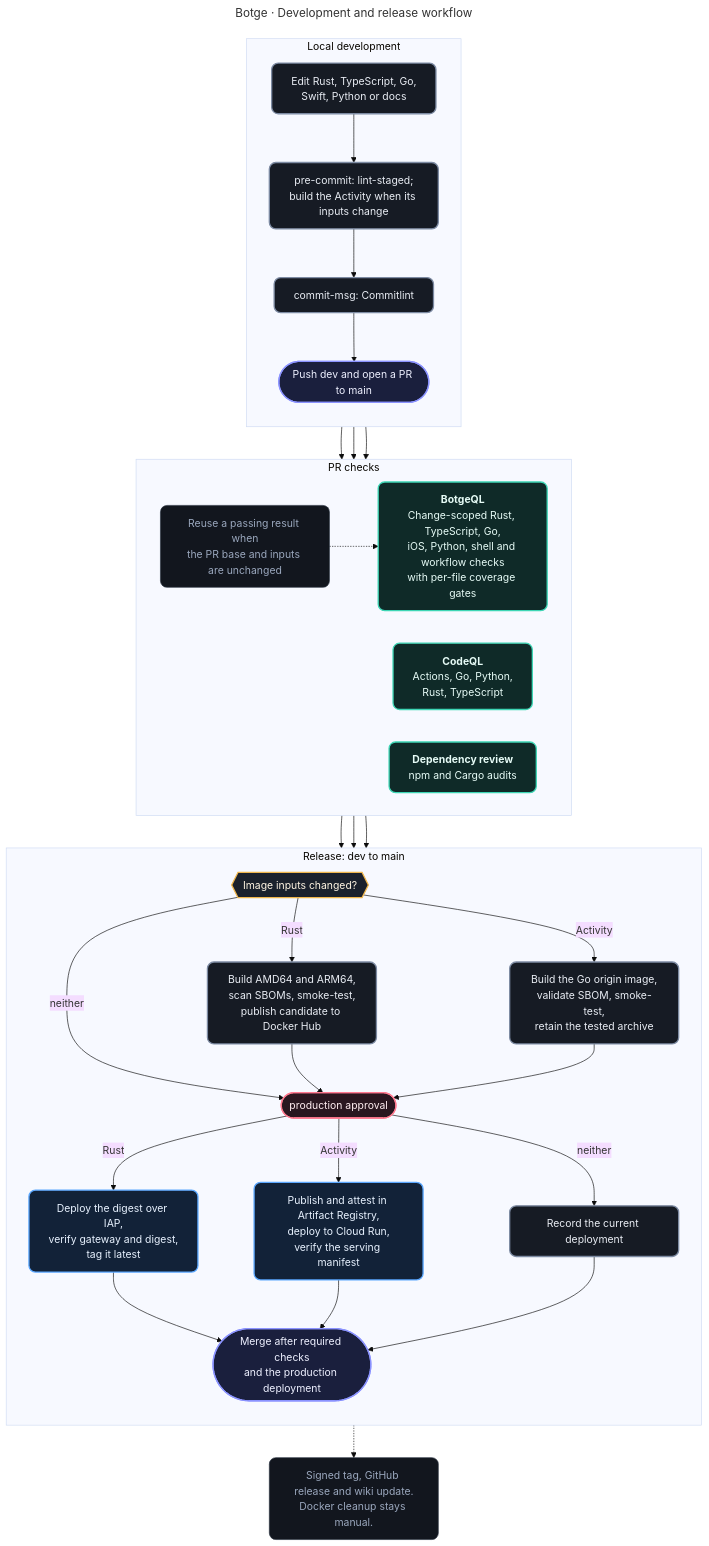
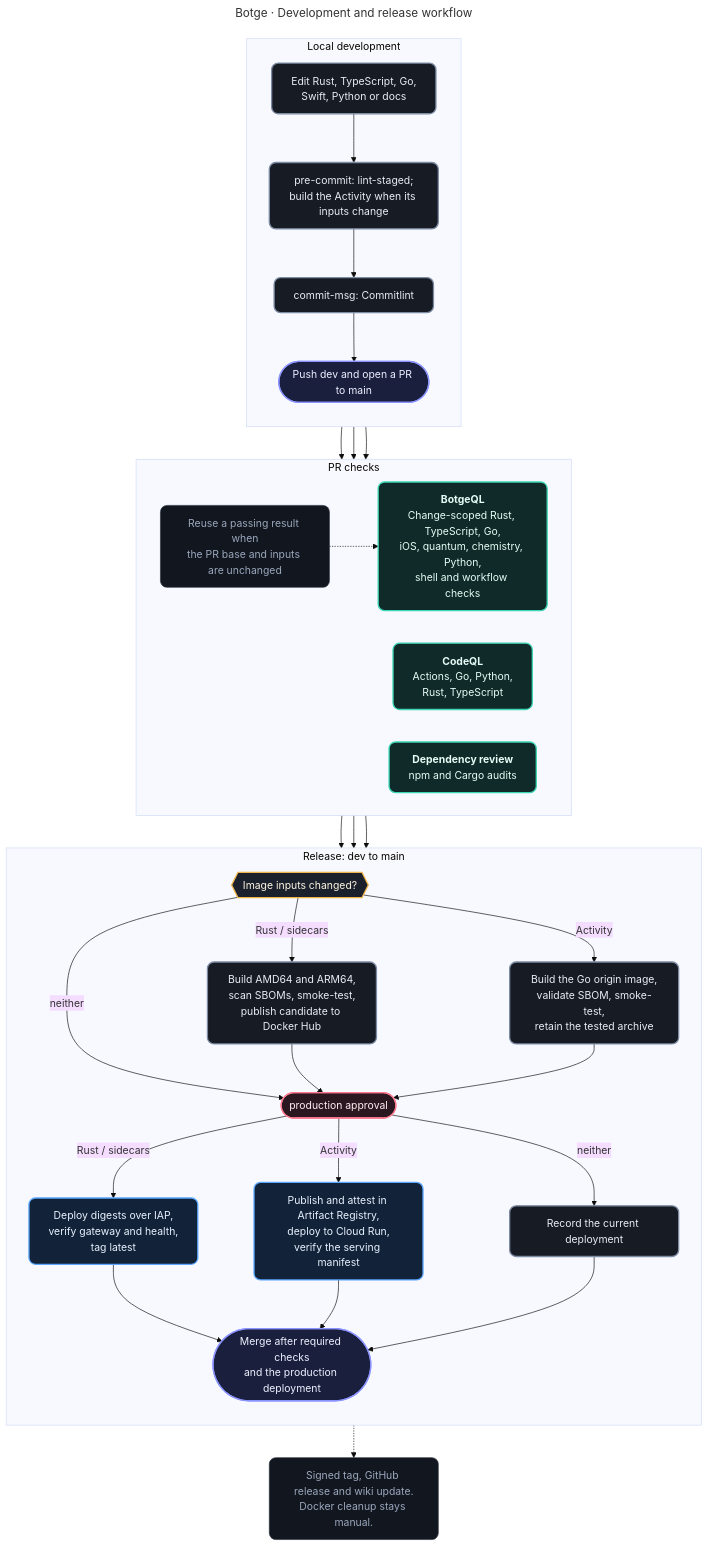
Before and after one commit to MrewyOrg/Botge: the diagram in docs/diagrams/development-workflow.mmd, drawn with Mermaid (base theme). The commit also changed 14 other files, not shown here.

Commit message:
docs(chemistry): update README, guides, and architecture diagrams

```diff
--- a/docs/diagrams/development-workflow.mmd
+++ b/docs/diagrams/development-workflow.mmd
@@ -1,58 +1,58 @@
 ---
 title: Botge · Development and release workflow
 ---
 flowchart TB
     subgraph local["Local development"]
         direction TB
         edit["Edit Rust, TypeScript, Go,<br/>Swift, Python or docs"] --> staged["pre-commit: lint-staged;<br/>build the Activity when its inputs change"]
         staged --> message["commit-msg: Commitlint"] --> pr(["Push dev and open a PR to main"])
     end
 
     subgraph checks["PR checks"]
         direction LR
-        quality["<b>BotgeQL</b><br/>Change-scoped Rust, TypeScript, Go,<br/>iOS, Python, shell and workflow checks<br/>with per-file coverage gates"]
+        quality["<b>BotgeQL</b><br/>Change-scoped Rust, TypeScript, Go,<br/>iOS, quantum, chemistry, Python,<br/>shell and workflow checks"]
         reuse["Reuse a passing result when<br/>the PR base and inputs are unchanged"]
         codeql["<b>CodeQL</b><br/>Actions, Go, Python,<br/>Rust, TypeScript"]
         deps["<b>Dependency review</b><br/>npm and Cargo audits"]
         reuse -.-> quality
     end
 
     subgraph release["Release: dev to main"]
         direction TB
         changed{{"Image inputs changed?"}}
-        changed -->|Rust| rust["Build AMD64 and ARM64,<br/>scan SBOMs, smoke-test,<br/>publish candidate to Docker Hub"]
+        changed -->|Rust / sidecars| rust["Build AMD64 and ARM64,<br/>scan SBOMs, smoke-test,<br/>publish candidate to Docker Hub"]
         changed -->|Activity| go["Build the Go origin image,<br/>validate SBOM, smoke-test,<br/>retain the tested archive"]
         changed -->|neither| approval
         rust --> approval(["production approval"])
         go --> approval
-        approval -->|Rust| vm["Deploy the digest over IAP,<br/>verify gateway and digest,<br/>tag it latest"]
+        approval -->|Rust / sidecars| vm["Deploy digests over IAP,<br/>verify gateway and health,<br/>tag latest"]
         approval -->|Activity| run["Publish and attest in Artifact Registry,<br/>deploy to Cloud Run,<br/>verify the serving manifest"]
         approval -->|neither| record["Record the current deployment"]
         vm --> merge(["Merge after required checks<br/>and the production deployment"])
         run --> merge
         record --> merge
     end
 
     pr --> quality & codeql & deps
     quality & deps --> changed
     codeql --> merge
     merge -.-> after["Signed tag, GitHub release and wiki update.<br/>Docker cleanup stays manual."]
 
     classDef entry fill:#1a1f3d,stroke:#8b93ff,color:#eef0ff,stroke-width:2px,rx:10,ry:10
     classDef core fill:#0f2a28,stroke:#3dd6b5,color:#e6fbf6,stroke-width:2px,rx:10,ry:10
     classDef data fill:#2b2212,stroke:#f0b54a,color:#fff5e3,stroke-width:2px,rx:10,ry:10
     classDef cloud fill:#122238,stroke:#5aa7ff,color:#e8f2ff,stroke-width:2px,rx:10,ry:10
     classDef base fill:#161b24,stroke:#7d8ba3,color:#e9edf4,stroke-width:2px,rx:10,ry:10
     classDef gate fill:#1b212c,stroke:#f0b54a,color:#fff5e3,stroke-width:2px,rx:10,ry:10
     classDef deny fill:#2a1720,stroke:#ff7a90,color:#ffeef1,stroke-width:2px,rx:10,ry:10
     classDef muted fill:#12161e,stroke:#2b3341,color:#9aa7bd,rx:10,ry:10
     class edit,staged,message base
     class pr,merge entry
     class quality,codeql,deps core
     class reuse muted
     class changed gate
     class approval deny
     class rust,go base
     class vm,run cloud
     class record base
     class after muted
```
